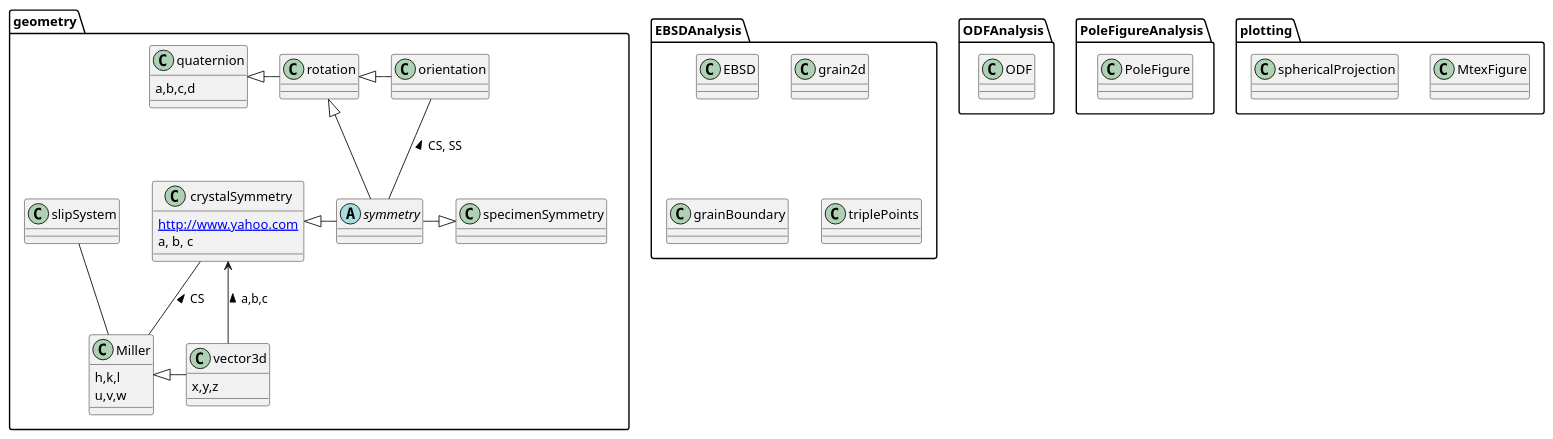
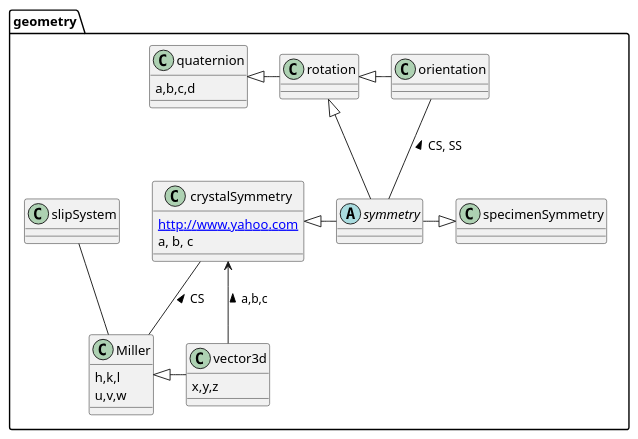
Before and after one commit to mtex-toolbox/mtex-toolbox.github.io.old: the diagram in files/puml/geometry.puml, drawn with PlantUML.

```diff
--- a/files/puml/geometry.puml
+++ b/files/puml/geometry.puml
@@ -1,73 +1,46 @@
 @startuml
 package "geometry"{
 class vector3d{
  x,y,z
 }
 class Miller{
  h,k,l
  u,v,w
 }
 
 
 together {
  abstract class symmetry
  class crystalSymmetry {
  [[http://www.yahoo.com]]
   a, b, c
  }
  class specimenSymmetry
 }
 
 class quaternion {
  a,b,c,d
 }
 
 class rotation
 
 quaternion <|- rotation
 rotation <|- orientation
 
 rotation <|- symmetry
 symmetry -|> specimenSymmetry
 crystalSymmetry <|- symmetry
 
 crystalSymmetry -- Miller : < CS
 crystalSymmetry <- vector3d :< a,b,c
 
 orientation -- symmetry : < CS, SS
 
 
 Miller <|- vector3d
 
 slipSystem -- Miller
 
 }
 
-package "EBSDAnalysis" {
- class EBSD {
- }
- 
- class grain2d {
- }
-
- class grainBoundary {
- }
-
- class triplePoints {
- }
-
-}
-
-package "ODFAnalysis" {
- class ODF
-}
-
-package "PoleFigureAnalysis" {
- class PoleFigure
-}
-
-package "plotting" {
- class MtexFigure
- class sphericalProjection
-}
-@enduml 
+@enduml
```
